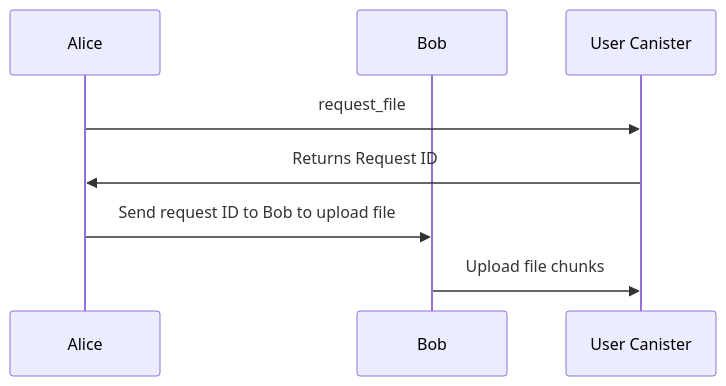
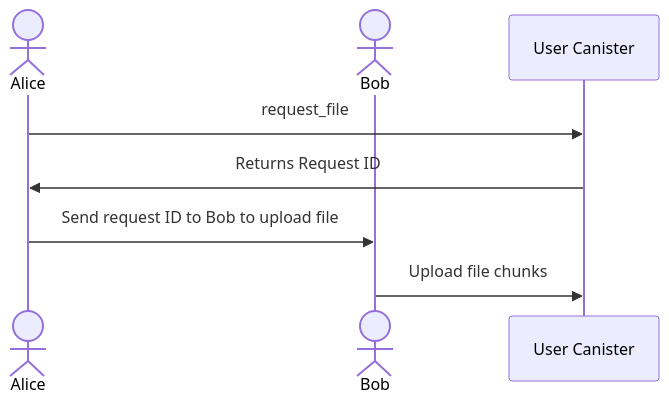
One commit to icp-hub-it/ic-docutrack changed the second of 6 diagrams in docs/flows.md. Above: the diagram before and after it, drawn with Mermaid. The commit also changed other lines of this file, not shown here.

````diff
--- a/docs/flows.md
+++ b/docs/flows.md
@@ -28,11 +28,11 @@
 ```mermaid
 sequenceDiagram
-    participant A as Alice
-    participant B as Bob
+    actor A as Alice
+    actor B as Bob
     participant UC as User Canister
     A->>UC: request_file
     UC->>A: Returns Request ID
     A->>B: Send request ID to Bob to upload file
     B->>UC: Upload file chunks
 
 ```
````
